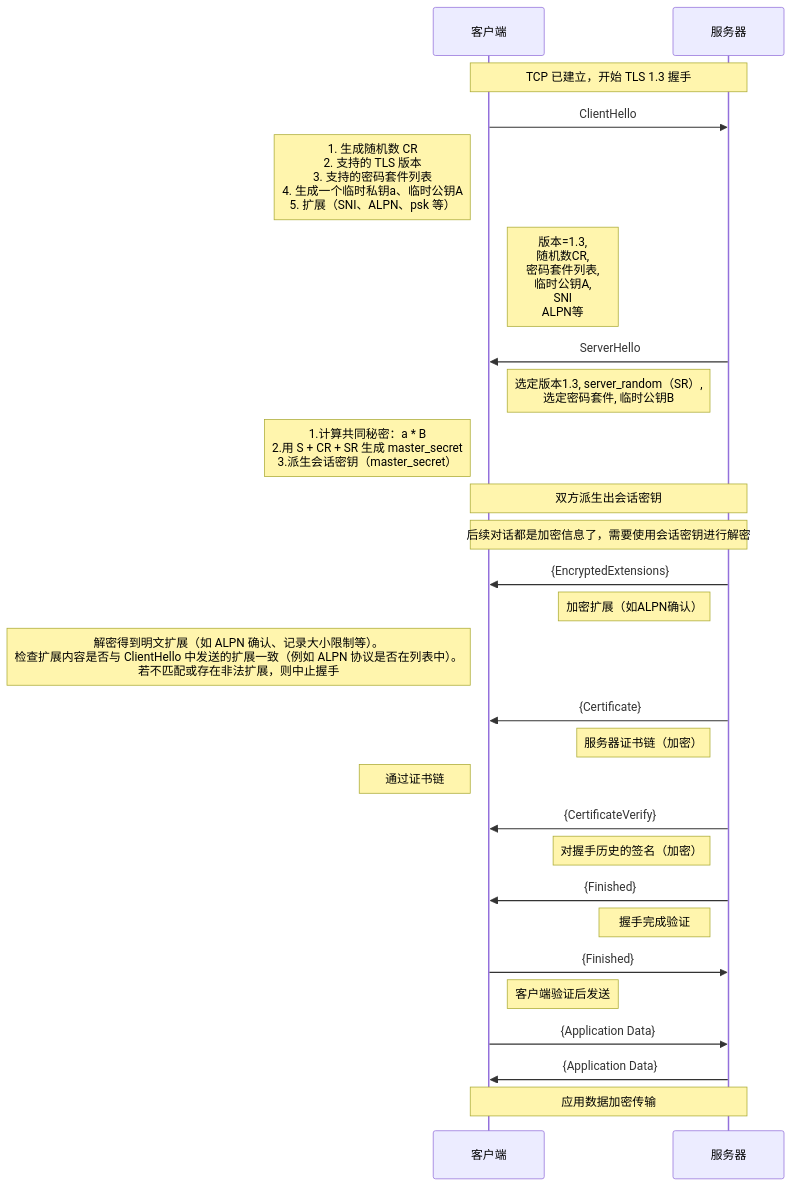
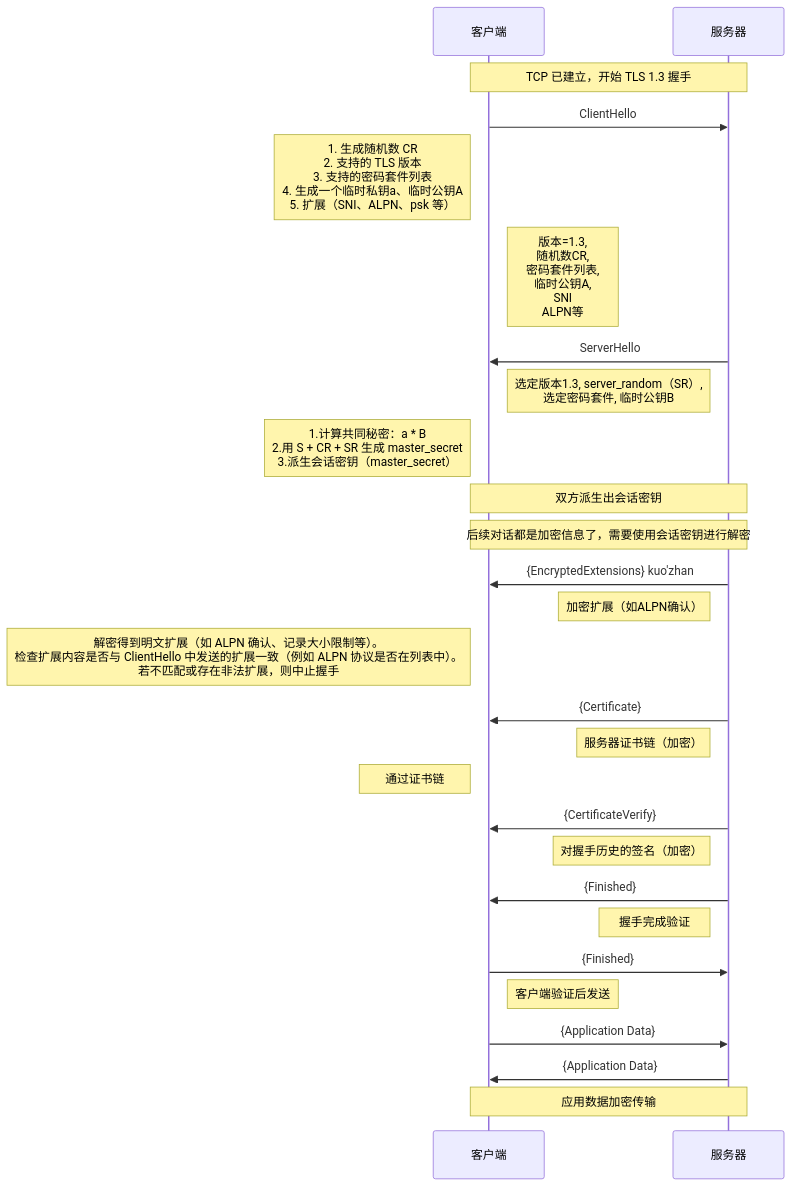
One commit to HY-10-8/iodraw-files changed the diagram in all/TLS-1.3-通用.md. Above: the diagram before and after it, drawn with Mermaid.

Commit message:
2026-03-30 18:48:57 update

````diff
--- a/all/TLS-1.3-通用.md
+++ b/all/TLS-1.3-通用.md
@@ -1,39 +1,39 @@
 ```mermaid
 sequenceDiagram
     participant C as 客户端
     participant S as 服务器
 
     Note over C,S: TCP 已建立，开始 TLS 1.3 握手
 
     C->>S: ClientHello
     Note left of C: 1. 生成随机数 CR<br/> 2. 支持的 TLS 版本<br/> 3. 支持的密码套件列表<br/> 4. 生成一个临时私钥a、临时公钥A<br/> 5. 扩展（SNI、ALPN、psk 等）
     Note right of C: 版本=1.3,<br/> 随机数CR,<br/> 密码套件列表,<br/> 临时公钥A,<br/> SNI<br/> ALPN等
 
     S->>C: ServerHello
     Note left of S: 选定版本1.3, server_random（SR）,<br/> 选定密码套件, 临时公钥B
     Note left of C: 1.计算共同秘密：a * B<br/> 2.用 S + CR + SR 生成 master_secret<br/> 3.派生会话密钥（master_secret）
 
     Note over C,S: 双方派生出会话密钥
     Note over C,S: 后续对话都是加密信息了，需要使用会话密钥进行解密
 
-    S->>C: {EncryptedExtensions}
+    S->>C: {EncryptedExtensions} kuo'zhan
     Note left of S: 加密扩展（如ALPN确认）
-    Note left of C: 解密得到明文扩展（如 ALPN 确认、记录大小限制等）。<br/>检查扩展内容是否与 ClientHello 中发送的扩展一致（例如 ALPN 协议是否在列表中）。<br/>若不匹配或存在非法扩展，则中止握手
+    Note left of C: 解密得到明文扩展（如 ALPN 确认、记录大小限制等）。<br/>检查扩展内容是否与 ClientHello 中发送的扩展一致（例如 ALPN 协议是否在列表中）。<br/> 若不匹配或存在非法扩展，则中止握手
 
     S->>C: {Certificate}
     Note left of S: 服务器证书链（加密）
     Note left of C: 通过证书链
 
     S->>C: {CertificateVerify}
     Note left of S: 对握手历史的签名（加密）
 
     S->>C: {Finished}
     Note left of S: 握手完成验证
 
     C->>S: {Finished}
     Note right of C: 客户端验证后发送
 
     C->>S: {Application Data}
     S->>C: {Application Data}
     Note over C,S: 应用数据加密传输
 ```
````
